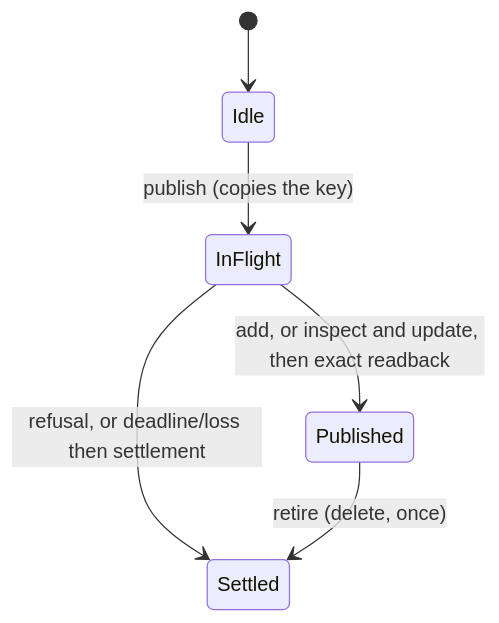
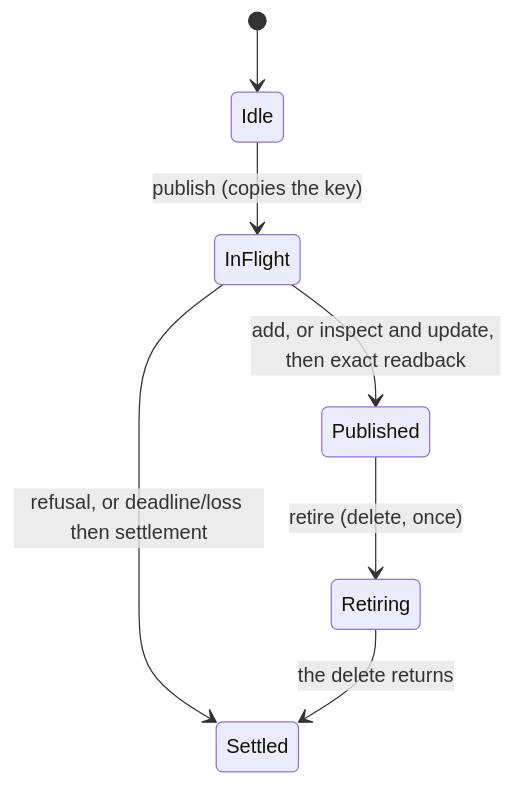
The second of 2 diagrams in docs/development/session.md (labcoder/capsula), drawn with Mermaid before and after one commit. The commit also changed other lines of this file and 2 other files, not shown here.

````diff
--- a/docs/development/session.md
+++ b/docs/development/session.md
@@ -198,8 +198,9 @@
 ```mermaid
 stateDiagram-v2
     [*] --> Idle
     Idle --> InFlight: publish (copies the key)
     InFlight --> Published: add, or inspect and update, then exact readback
     InFlight --> Settled: refusal, or deadline/loss then settlement
-    Published --> Settled: retire (delete, once)
+    Published --> Retiring: retire (delete, once)
+    Retiring --> Settled: the delete returns
 ```
````
